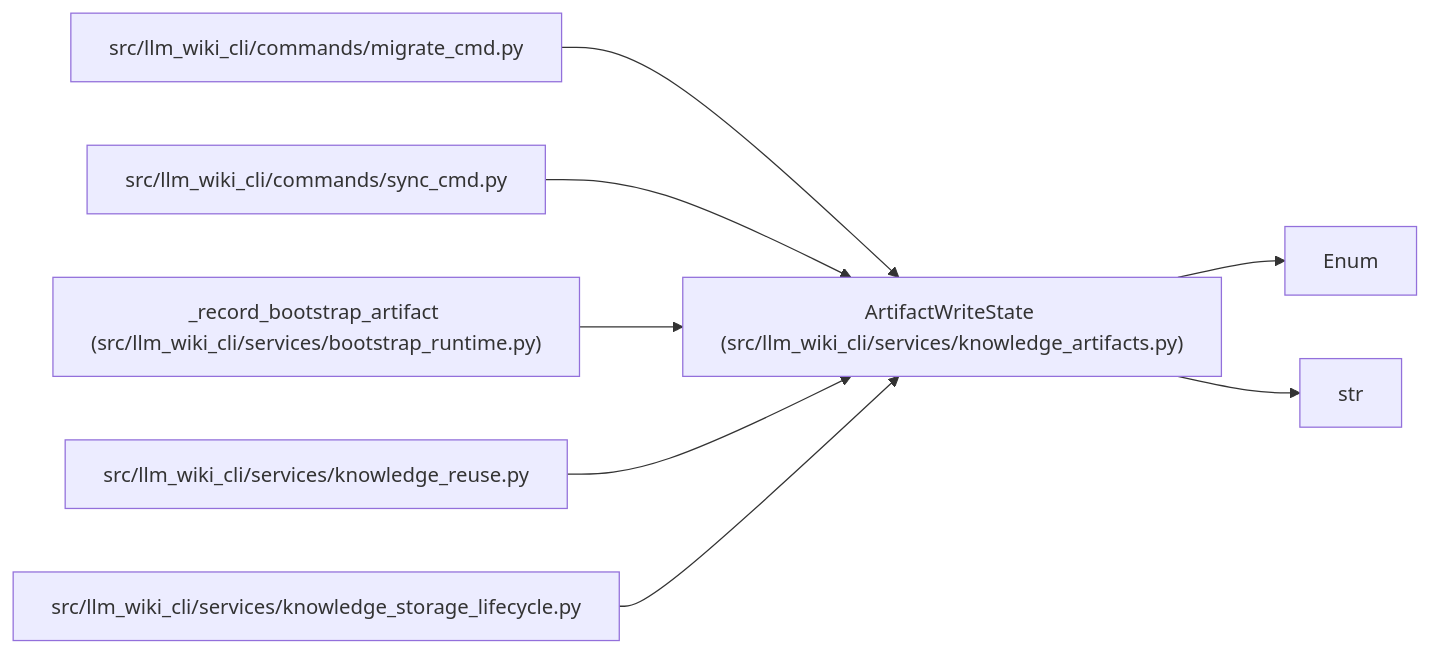
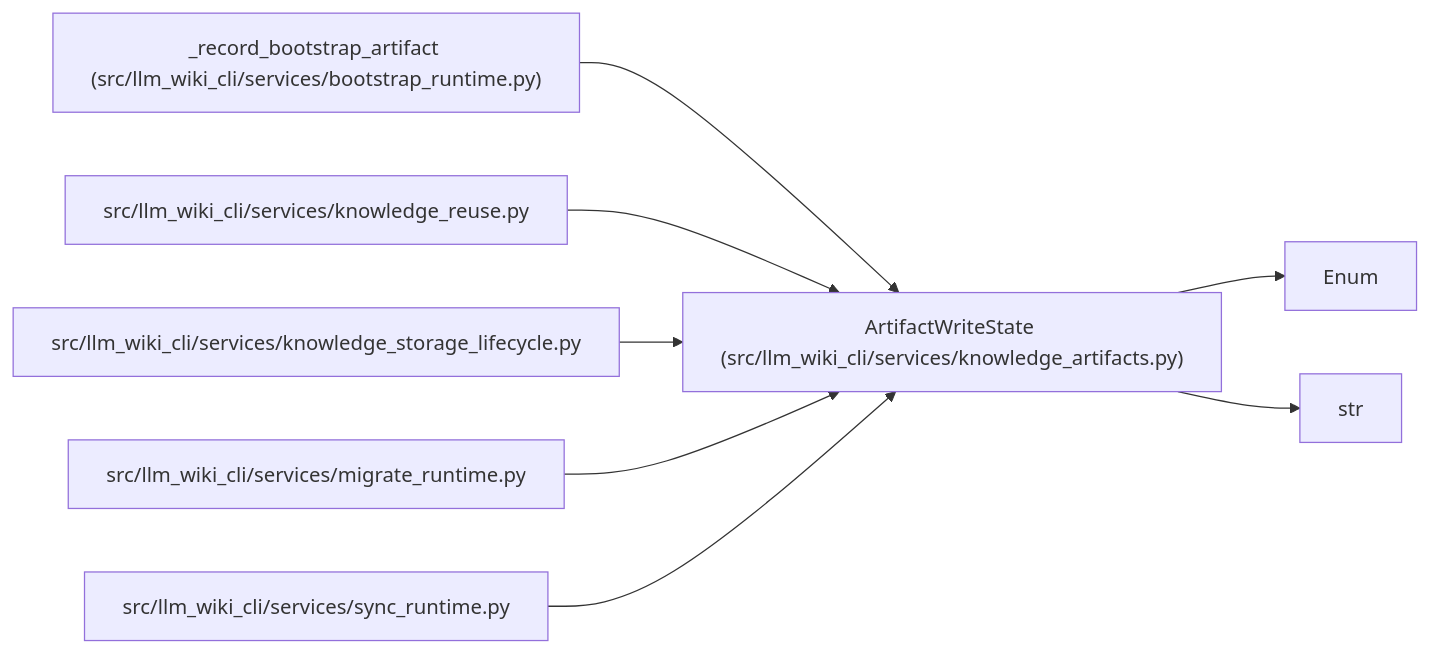
One commit to Denissvgn/python-wiki-llm changed the diagram in docs/llm_wiki/entities/ArtifactWriteState.md. Above: the diagram before and after it, drawn with Mermaid. The commit also changed other lines of this file and 1555 other files, not shown here.

````diff
--- a/docs/llm_wiki/entities/ArtifactWriteState.md
+++ b/docs/llm_wiki/entities/ArtifactWriteState.md
@@ -27,24 +27,24 @@
 ```mermaid
 flowchart LR
     n0["ArtifactWriteState (src/llm_wiki_cli/services/knowledge_artifacts.py)"]
     n1["Enum"]
     n2["str"]
-    n3["src/llm_wiki_cli/commands/migrate_cmd.py"]
-    n4["src/llm_wiki_cli/commands/sync_cmd.py"]
-    n5["_record_bootstrap_artifact (src/llm_wiki_cli/services/bootstrap_runtime.py)"]
-    n6["src/llm_wiki_cli/services/knowledge_reuse.py"]
-    n7["src/llm_wiki_cli/services/knowledge_storage_lifecycle.py"]
+    n3["_record_bootstrap_artifact (src/llm_wiki_cli/services/bootstrap_runtime.py)"]
+    n4["src/llm_wiki_cli/services/knowledge_reuse.py"]
+    n5["src/llm_wiki_cli/services/knowledge_storage_lifecycle.py"]
+    n6["src/llm_wiki_cli/services/migrate_runtime.py"]
+    n7["src/llm_wiki_cli/services/sync_runtime.py"]
     n0 --> n1
     n0 --> n2
     n3 --> n0
     n4 --> n0
     n5 --> n0
     n6 --> n0
     n7 --> n0
     click n0 "../modules/knowledge_artifacts.md"
-    click n3 "../modules/migrate_cmd.md"
-    click n4 "../modules/sync_cmd.md"
-    click n5 "../modules/bootstrap_runtime.md"
-    click n6 "../modules/knowledge_reuse.md"
-    click n7 "../modules/knowledge_storage_lifecycle.md"
+    click n3 "../modules/bootstrap_runtime.md"
+    click n4 "../modules/knowledge_reuse.md"
+    click n5 "../modules/knowledge_storage_lifecycle.md"
+    click n6 "../modules/migrate_runtime.md"
+    click n7 "../modules/sync_runtime.md"
 ```
````
